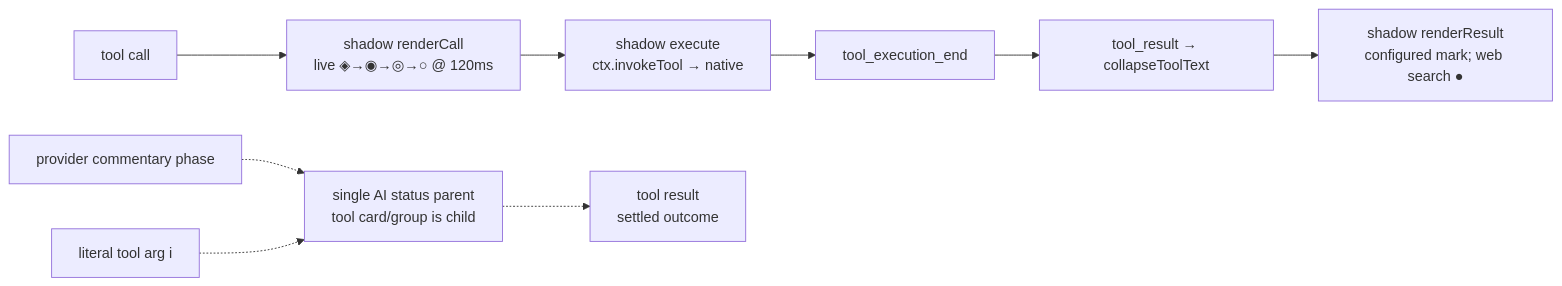
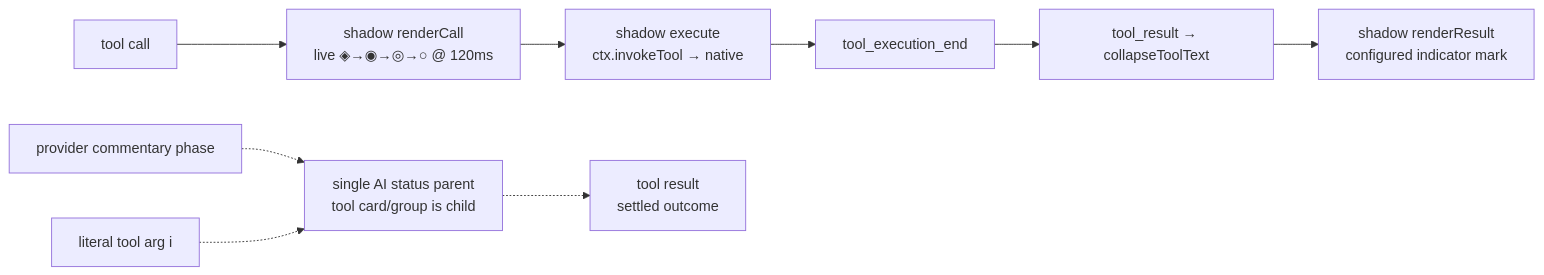
One commit to pham93/omp-minimal-output changed the first of 3 diagrams in README.md. Above: the diagram before and after it, drawn with Mermaid. The commit also changed other lines of this file and 2 other files, not shown here.

````diff
--- a/README.md
+++ b/README.md
@@ -54,11 +54,11 @@
 ```mermaid
 flowchart LR
     call["tool call"] --> rc["shadow renderCall\nlive ◈→◉→◎→○ @ 120ms"]
     rc --> exec["shadow execute\nctx.invokeTool → native"]
     exec --> tend["tool_execution_end"]
     tend --> tr["tool_result → collapseToolText"]
-    tr --> rr["shadow renderResult\nconfigured mark; web search ●"]
+    tr --> rr["shadow renderResult\nconfigured indicator mark"]
     commentary["provider commentary phase"] -.-> status["single AI status parent\ntool card/group is child"]
     intent["literal tool arg i"] -.-> status
     status -.-> settle["tool result\nsettled outcome"]
 ```
````
